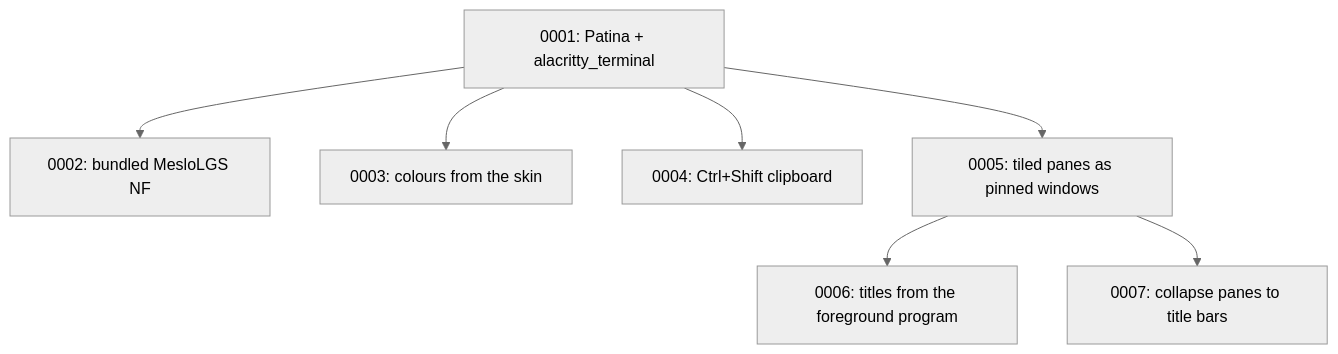
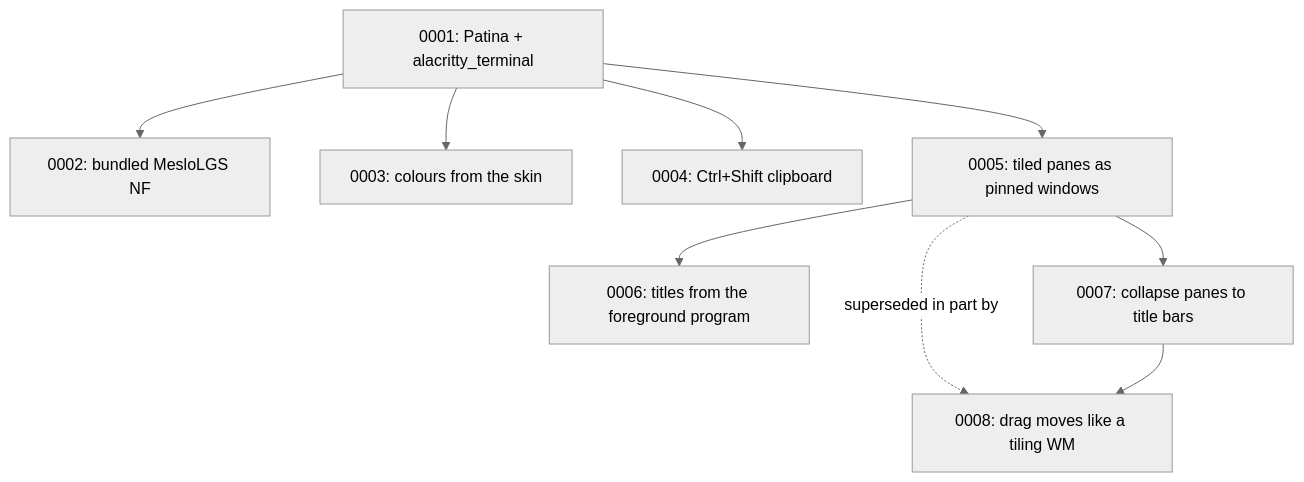
The diagram in docs/adr/README.md (Sector-F-Labs/teleprinter), drawn with Mermaid (neutral theme) before and after one commit. The commit also changed other lines of this file and 7 other files, not shown here.

First line of the commit message:
Drag moves panes like a tiling WM; hold to swap; new pane from background

````diff
--- a/docs/adr/README.md
+++ b/docs/adr/README.md
@@ -55,9 +56,11 @@
 ```mermaid
 flowchart TD
     A[0001: Patina + alacritty_terminal] --> B[0002: bundled MesloLGS NF]
     A --> C[0003: colours from the skin]
     A --> D[0004: Ctrl+Shift clipboard]
     A --> E[0005: tiled panes as pinned windows]
     E --> F[0006: titles from the foreground program]
     E --> G[0007: collapse panes to title bars]
+    E -.superseded in part by.-> H[0008: drag moves like a tiling WM]
+    G --> H
 ```
````
